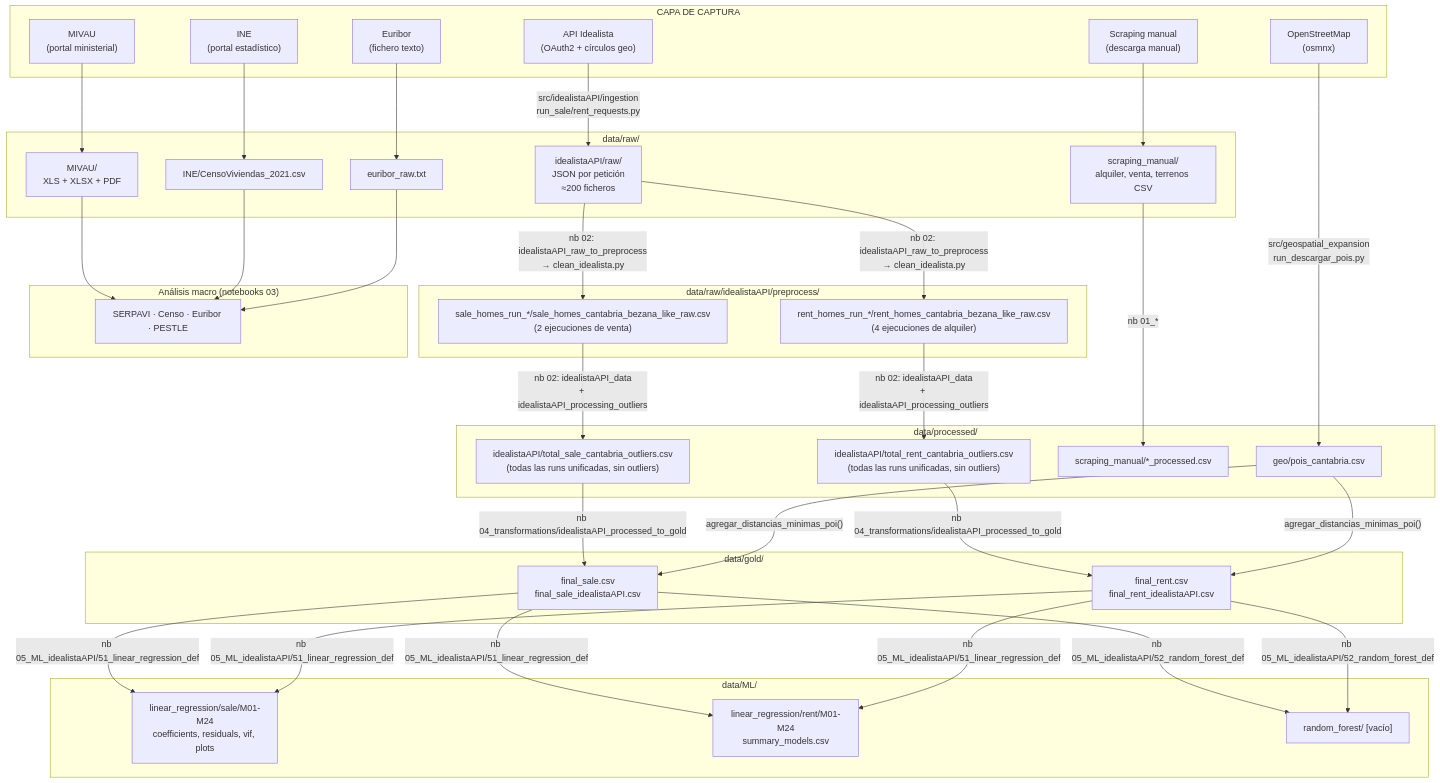
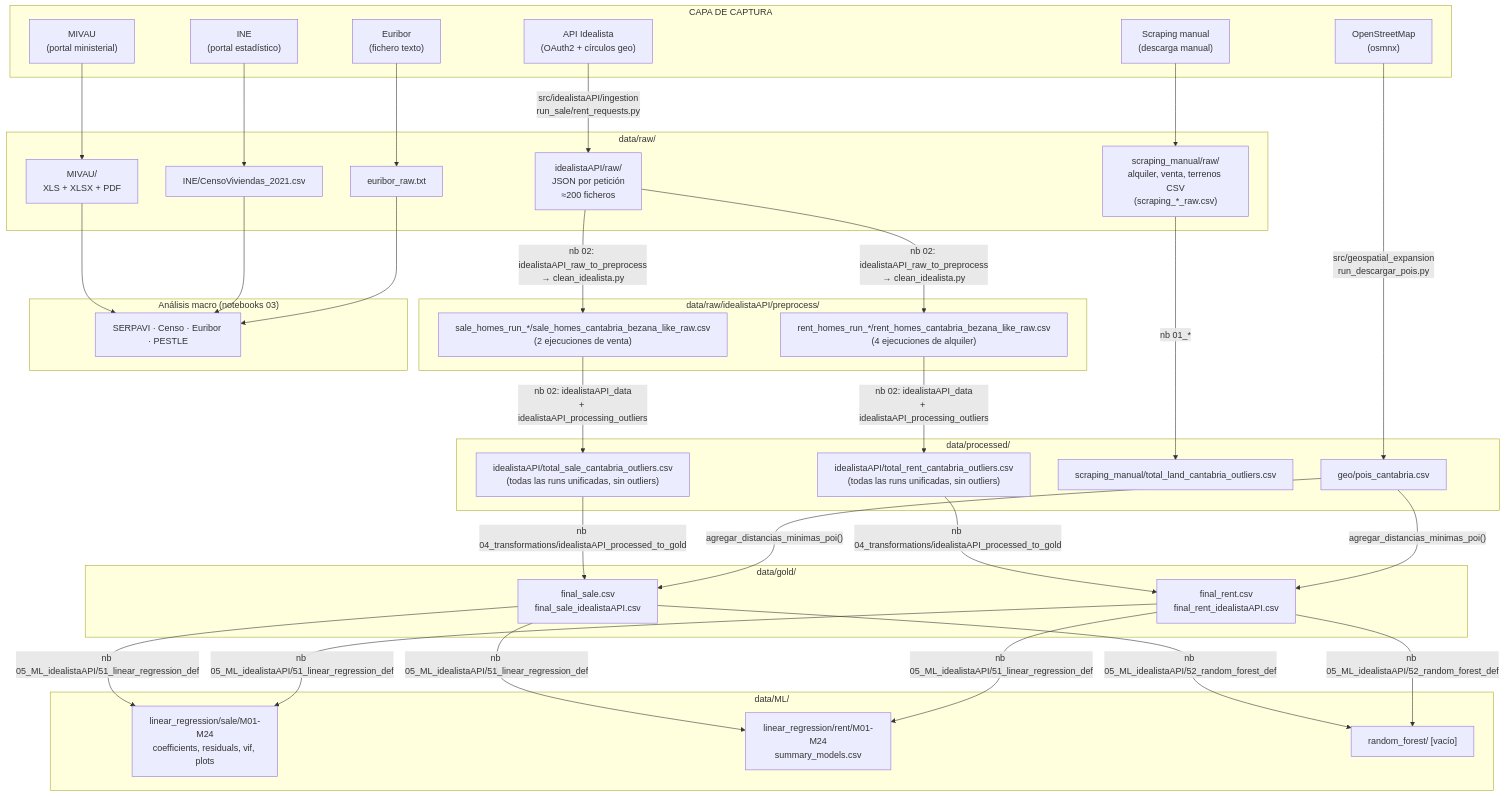
Before and after one commit to sitomachu/bezanillasl: the second of 4 diagrams in docs/estructura_completa_repositorio.md, drawn with Mermaid. The commit also changed other lines of this file and 14 other files, not shown here.

````diff
--- a/docs/estructura_completa_repositorio.md
+++ b/docs/estructura_completa_repositorio.md
@@ -330,71 +341,71 @@
 ```mermaid
 flowchart TD
     subgraph CAPTURE["CAPA DE CAPTURA"]
         A1["API Idealista\n(OAuth2 + círculos geo)"]
         A2["Scraping manual\n(descarga manual)"]
         A3["MIVAU\n(portal ministerial)"]
         A4["INE\n(portal estadístico)"]
         A5["Euribor\n(fichero texto)"]
         A6["OpenStreetMap\n(osmnx)"]
     end
 
     subgraph RAW["data/raw/"]
         B1["idealistaAPI/raw/\nJSON por petición\n≈200 ficheros"]
-        B2["scraping_manual/\nalquiler, venta, terrenos CSV"]
+        B2["scraping_manual/raw/\nalquiler, venta, terrenos CSV\n(scraping_*_raw.csv)"]
         B3["MIVAU/\nXLS + XLSX + PDF"]
         B4["INE/CensoViviendas_2021.csv"]
         B5["euribor_raw.txt"]
     end
 
     subgraph PREPROCESS["data/raw/idealistaAPI/preprocess/"]
         C1["sale_homes_run_*/sale_homes_cantabria_bezana_like_raw.csv\n(2 ejecuciones de venta)"]
         C2["rent_homes_run_*/rent_homes_cantabria_bezana_like_raw.csv\n(4 ejecuciones de alquiler)"]
     end
 
     subgraph PROC["data/processed/"]
         D3["idealistaAPI/total_sale_cantabria_outliers.csv\n(todas las runs unificadas, sin outliers)"]
         D4["idealistaAPI/total_rent_cantabria_outliers.csv\n(todas las runs unificadas, sin outliers)"]
-        D6["scraping_manual/*_processed.csv"]
+        D6["scraping_manual/total_land_cantabria_outliers.csv"]
         D7["geo/pois_cantabria.csv"]
     end
 
     subgraph GOLD["data/gold/"]
         E1["final_sale.csv\nfinal_sale_idealistaAPI.csv"]
         E2["final_rent.csv\nfinal_rent_idealistaAPI.csv"]
     end
 
     subgraph ML_OUT["data/ML/"]
         F1["linear_regression/sale/M01-M24\ncoefficients, residuals, vif, plots"]
         F2["linear_regression/rent/M01-M24\nsummary_models.csv"]
         F3["random_forest/ [vacío]"]
     end
 
     subgraph MACRO["Análisis macro (notebooks 03)"]
         G1["SERPAVI · Censo · Euribor · PESTLE"]
     end
 
     A1 -->|"src/idealistaAPI/ingestion\nrun_sale/rent_requests.py"| B1
     A2 --> B2
     A3 --> B3
     A4 --> B4
     A5 --> B5
     A6 -->|"src/geospatial_expansion\nrun_descargar_pois.py"| D7
 
     B1 -->|"nb 02: idealistaAPI_raw_to_preprocess\n→ clean_idealista.py"| C1
     B1 -->|"nb 02: idealistaAPI_raw_to_preprocess\n→ clean_idealista.py"| C2
 
     C1 -->|"nb 02: idealistaAPI_data\n+ idealistaAPI_processing_outliers"| D3
     C2 -->|"nb 02: idealistaAPI_data\n+ idealistaAPI_processing_outliers"| D4
     B2 -->|"nb 01_*"| D6
 
     D3 -->|"nb 04_transformations/idealistaAPI_processed_to_gold"| E1
     D4 -->|"nb 04_transformations/idealistaAPI_processed_to_gold"| E2
     D7 -->|"agregar_distancias_minimas_poi()"| E1
     D7 -->|"agregar_distancias_minimas_poi()"| E2
 
     E1 & E2 -->|"nb 05_ML_idealistaAPI/51_linear_regression_def"| F1
     E1 & E2 -->|"nb 05_ML_idealistaAPI/51_linear_regression_def"| F2
     E1 & E2 -->|"nb 05_ML_idealistaAPI/52_random_forest_def"| F3
 
     B3 & B4 & B5 --> G1
 ```
````
